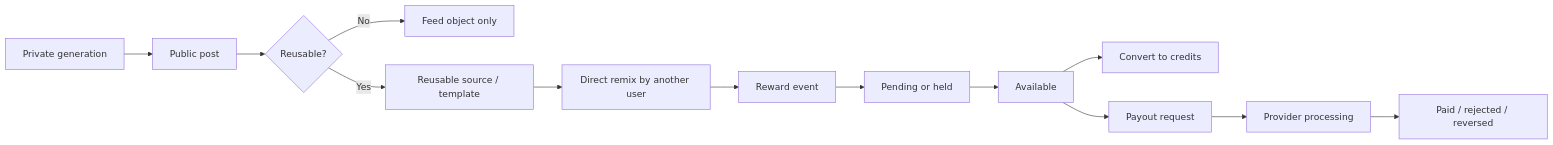
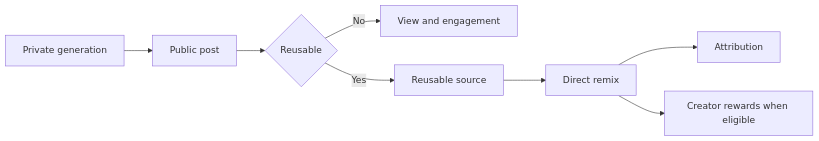
Before and after one commit to hajar-eddal/marcelix_documentation: the diagram in README.md, drawn with Mermaid. The commit also changed other lines of this file and 5 other files, not shown here.

````diff
--- a/README.md
+++ b/README.md
@@ -54,15 +84,10 @@
 ```mermaid
 flowchart LR
     A[Private generation] --> B[Public post]
-    B --> C{Reusable?}
-    C -->|No| D[Feed object only]
-    C -->|Yes| E[Reusable source / template]
-    E --> F[Direct remix by another user]
-    F --> G[Reward event]
-    G --> H[Pending or held]
-    H --> I[Available]
-    I --> J[Convert to credits]
-    I --> K[Payout request]
-    K --> L[Provider processing]
-    L --> M[Paid / rejected / reversed]
+    B --> C{Reusable}
+    C -->|No| D[View and engagement]
+    C -->|Yes| E[Reusable source]
+    E --> F[Direct remix]
+    F --> G[Attribution]
+    F --> H[Creator rewards when eligible]
 ```
````
